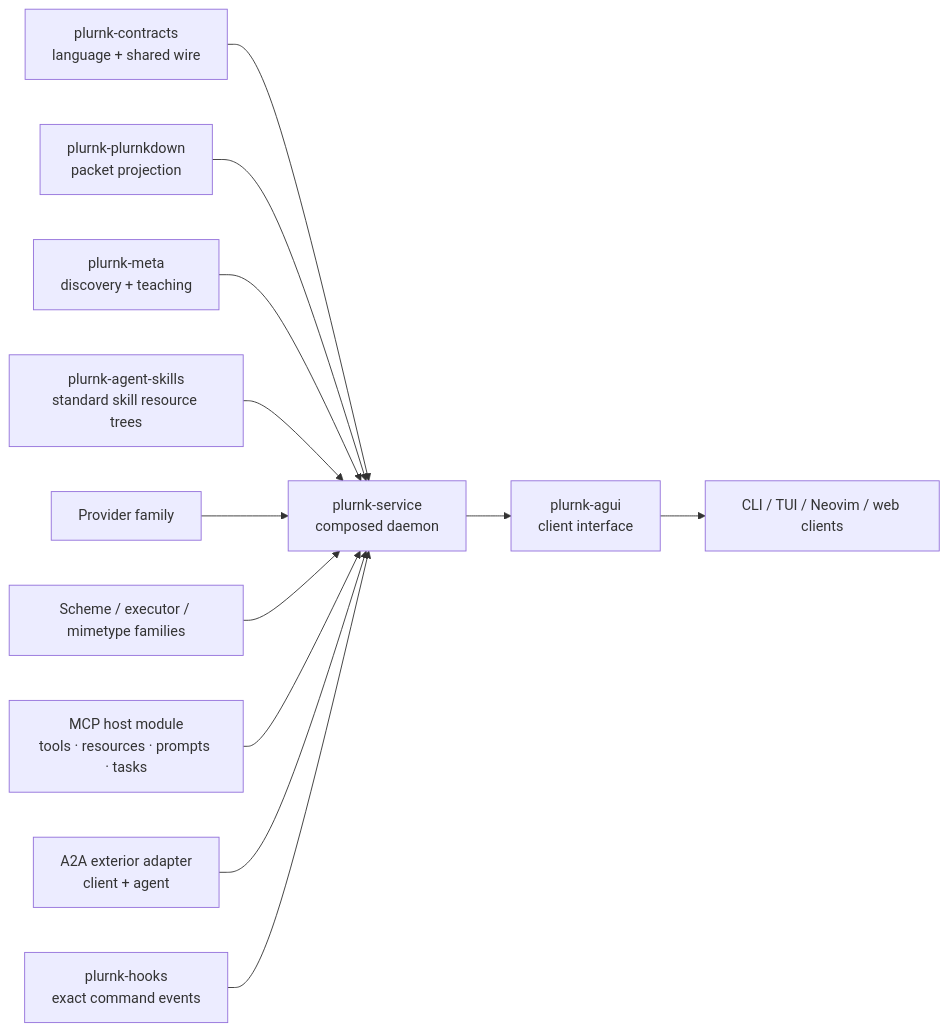
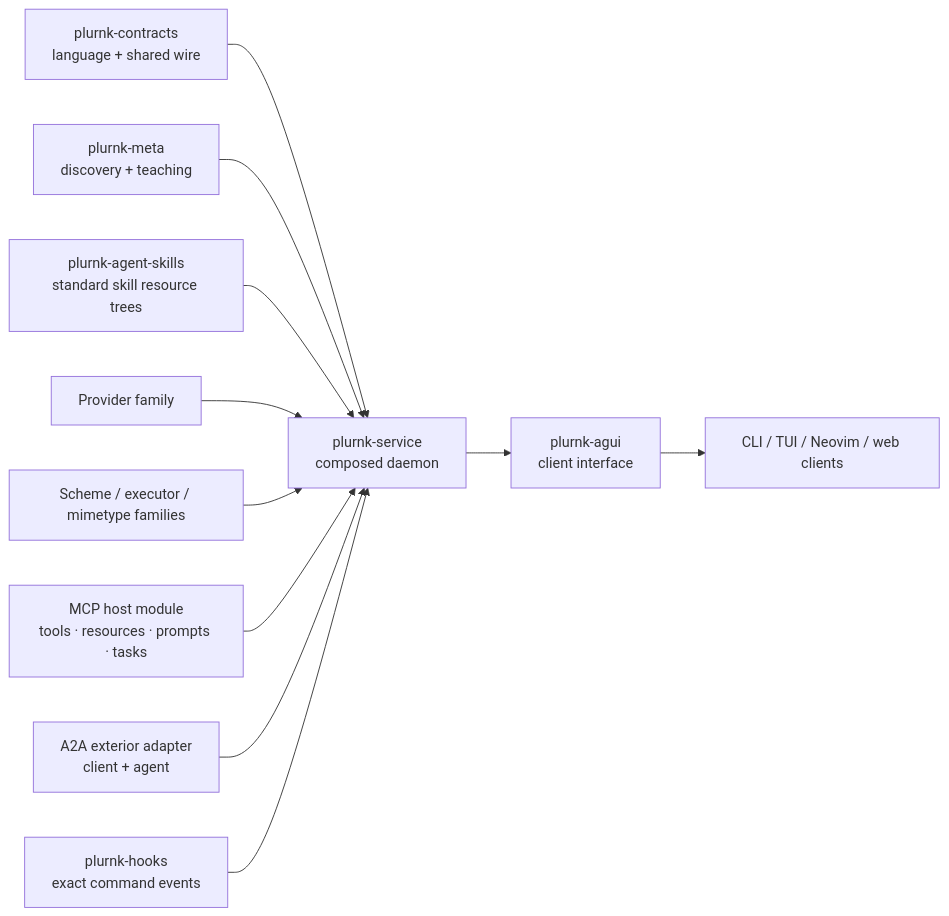
Before and after one commit to plurnk/plurnk-service: the second of 4 diagrams in ARCHITECTURE.md, drawn with Mermaid. The commit also changed other lines of this file and 19 other files, not shown here.

Commit message:
chore(tree): retire plurnk-plurnkdown and the ghost package directories (#626)

````diff
--- a/ARCHITECTURE.md
+++ b/ARCHITECTURE.md
@@ -32,15 +32,14 @@
 ```mermaid
 flowchart LR
     contracts["plurnk-contracts<br/>language + shared wire"] --> core
-    packet["plurnk-plurnkdown<br/>packet projection"] --> core
     meta["plurnk-meta<br/>discovery + teaching"] --> core
     skills["plurnk-agent-skills<br/>standard skill resource trees"] --> core
     providers["Provider family"] --> core
     capabilities["Scheme / executor / mimetype families"] --> core
     mcp["MCP host module<br/>tools · resources · prompts · tasks"] --> core
     a2a["A2A exterior adapter<br/>client + agent"] --> core
     hooks["plurnk-hooks<br/>exact command events"] --> core
     core["plurnk-service<br/>composed daemon"]
     core --> agui["plurnk-agui<br/>client interface"]
     agui --> clients["CLI / TUI / Neovim / web clients"]
 ```
````
